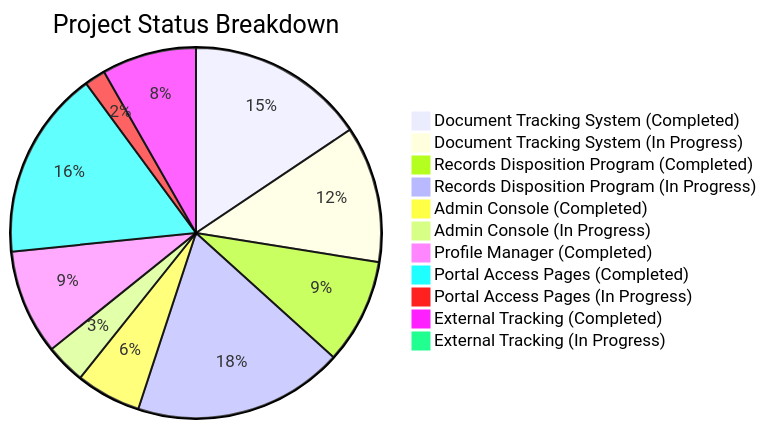
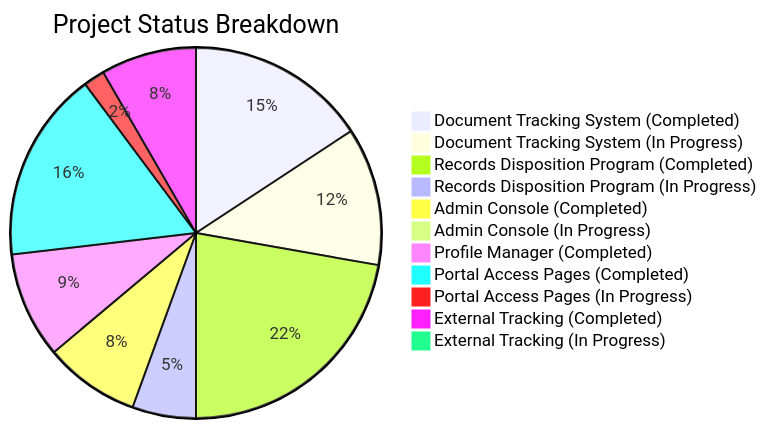
The first of 2 diagrams in README.md (AMEN-ProgCorps/RMS-CSPC), drawn with Mermaid before and after one commit. The commit also changed other lines of this file and 9 other files, not shown here.

````diff
--- a/README.md
+++ b/README.md
@@ -98,14 +98,14 @@
 ```mermaid
 pie title Project Status Breakdown
     "Document Tracking System (Completed)" : 17
     "Document Tracking System (In Progress)" : 13
-    "Records Disposition Program (Completed)" : 10
-    "Records Disposition Program (In Progress)" : 20
-    "Admin Console (Completed)" : 6.2
-    "Admin Console (In Progress)" : 3.8
+    "Records Disposition Program (Completed)" : 24
+    "Records Disposition Program (In Progress)" : 6
+    "Admin Console (Completed)" : 9
+    "Admin Console (In Progress)" : 1
     "Profile Manager (Completed)" : 10
     "Portal Access Pages (Completed)" : 18
     "Portal Access Pages (In Progress)" : 2
     "External Tracking (Completed)" : 9
     "External Tracking (In Progress)" : 1
 ```
````
